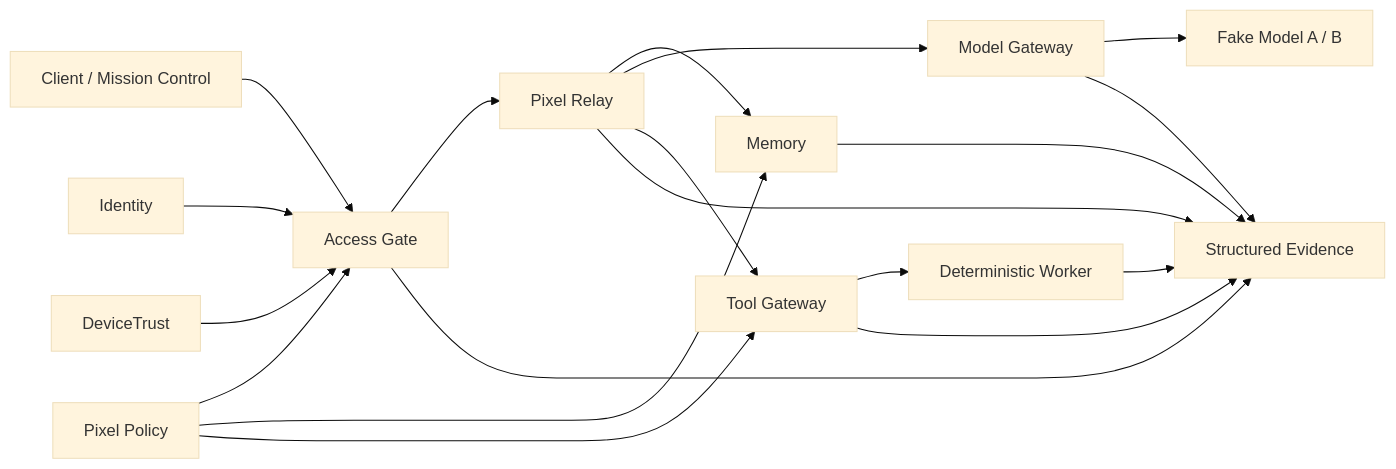
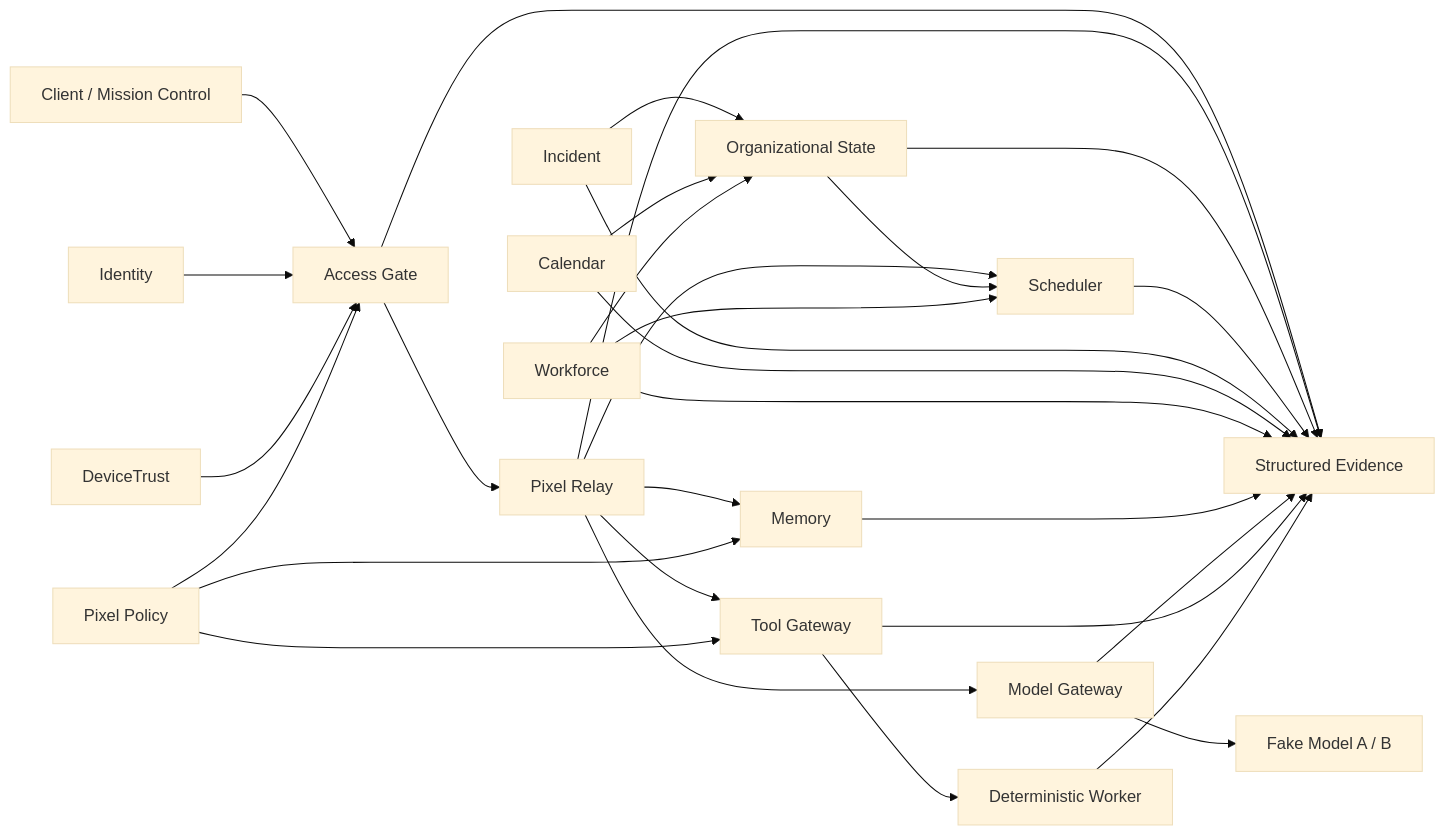
The diagram in README.md (GrimClawBot/Pixel-HQ-OSS), drawn with Mermaid (base theme) before and after one commit. The commit also changed other lines of this file and 133 other files, not shown here.

````diff
--- a/README.md
+++ b/README.md
@@ -66,23 +76,34 @@
 ```mermaid
 flowchart LR
     C[Client / Mission Control] --> A[Access Gate]
     A --> R[Pixel Relay]
     R --> M[Memory]
     R --> MG[Model Gateway]
+    R --> S[Scheduler]
     R --> T[Tool Gateway]
+    OS[Organizational State] --> S
+    IN[Incident] --> OS
+    CAL[Calendar] --> OS
+    WF[Workforce] --> OS
+    WF --> S
     T --> W[Deterministic Worker]
     MG --> FM[Fake Model A / B]
 
     I[Identity] --> A
     D[DeviceTrust] --> A
     P[Pixel Policy] --> A
     P --> M
     P --> T
 
     A --> E[Structured Evidence]
     R --> E
+    OS --> E
+    S --> E
+    IN --> E
+    CAL --> E
+    WF --> E
     M --> E
     MG --> E
     T --> E
     W --> E
 ```
````
